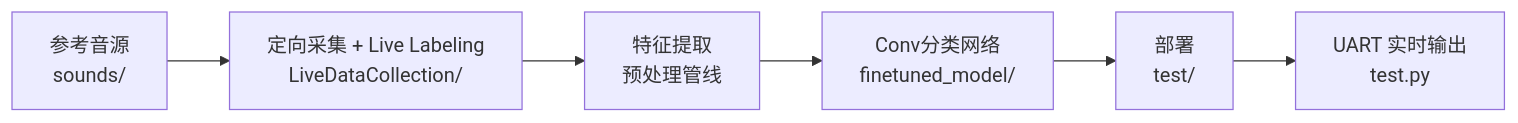
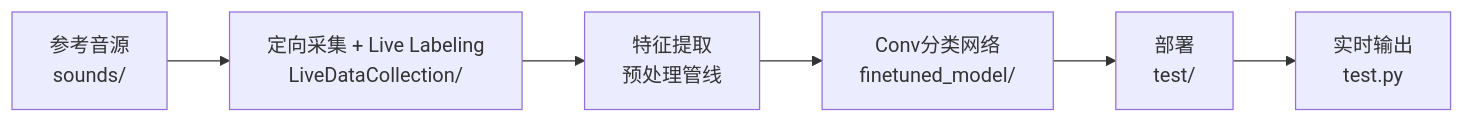
The diagram in README.md (ForeverTTT/EESTEC_Challenge), drawn with Mermaid before and after one commit. The commit also changed other lines of this file, not shown here.

````diff
--- a/README.md
+++ b/README.md
@@ -128,9 +128,9 @@
 ```mermaid
 flowchart LR
     A["参考音源<br/>sounds/"]
     --> B["定向采集 + Live Labeling<br/>LiveDataCollection/"]
     --> C["特征提取<br/>预处理管线"]
     --> D["Conv分类网络<br/>finetuned_model/"]
     --> E["部署<br/>test/"]
-    --> F["UART 实时输出<br/>test.py"]
+    --> F["实时输出<br/>test.py"]
 ```
````
